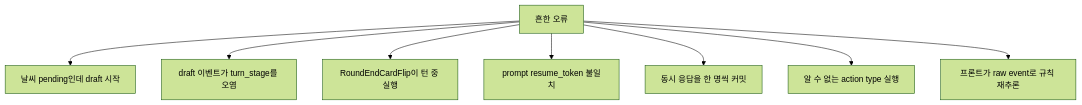
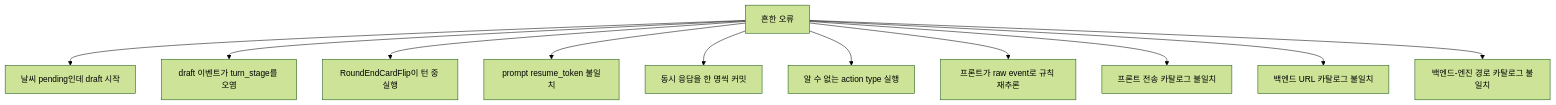
Diagram 22 of 23 in docs/current/architecture/[GUIDE]_GAME_FLOW_AND_MODULE_VISUALIZATION.md (xelestial/project-mrn), drawn with Mermaid (forest theme) before and after one commit. The commit also changed other lines of this file and 48 other files, not shown here.

````diff
--- a/docs/current/architecture/[GUIDE]_GAME_FLOW_AND_MODULE_VISUALIZATION.md
+++ b/docs/current/architecture/[GUIDE]_GAME_FLOW_AND_MODULE_VISUALIZATION.md
@@ -842,19 +842,25 @@
 ```mermaid
 flowchart TD
   Bad["흔한 오류"]
   W["날씨 pending인데 draft 시작"]
   D["draft 이벤트가 turn_stage를 오염"]
   R["RoundEndCardFlip이 턴 중 실행"]
   P["prompt resume_token 불일치"]
   S["동시 응답을 한 명씩 커밋"]
   A["알 수 없는 action type 실행"]
   F["프론트가 raw event로 규칙 재추론"]
+  T["프론트 전송 카탈로그 불일치"]
+  B["백엔드 URL 카탈로그 불일치"]
+  E["백엔드-엔진 경로 카탈로그 불일치"]
 
   Bad --> W
   Bad --> D
   Bad --> R
   Bad --> P
   Bad --> S
   Bad --> A
   Bad --> F
+  Bad --> T
+  Bad --> B
+  Bad --> E
 ```
````
